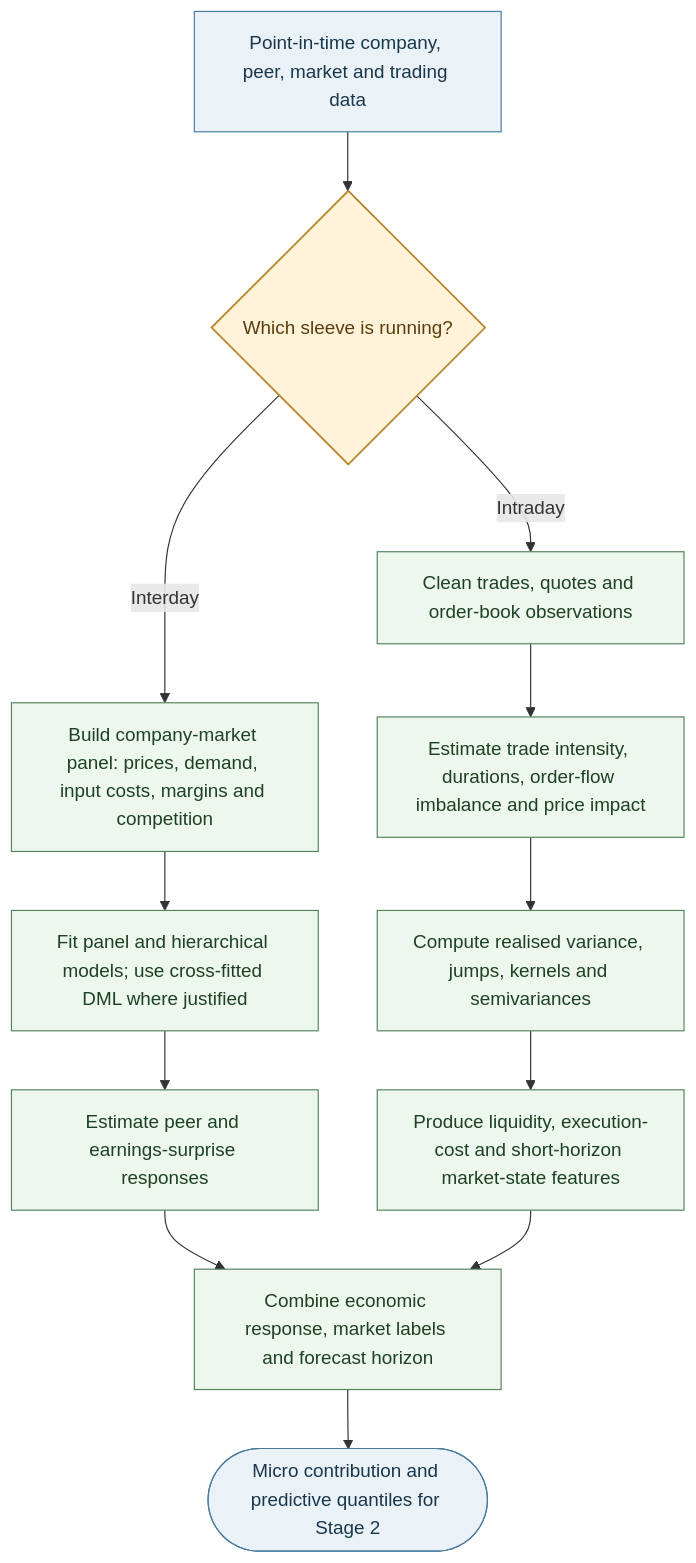
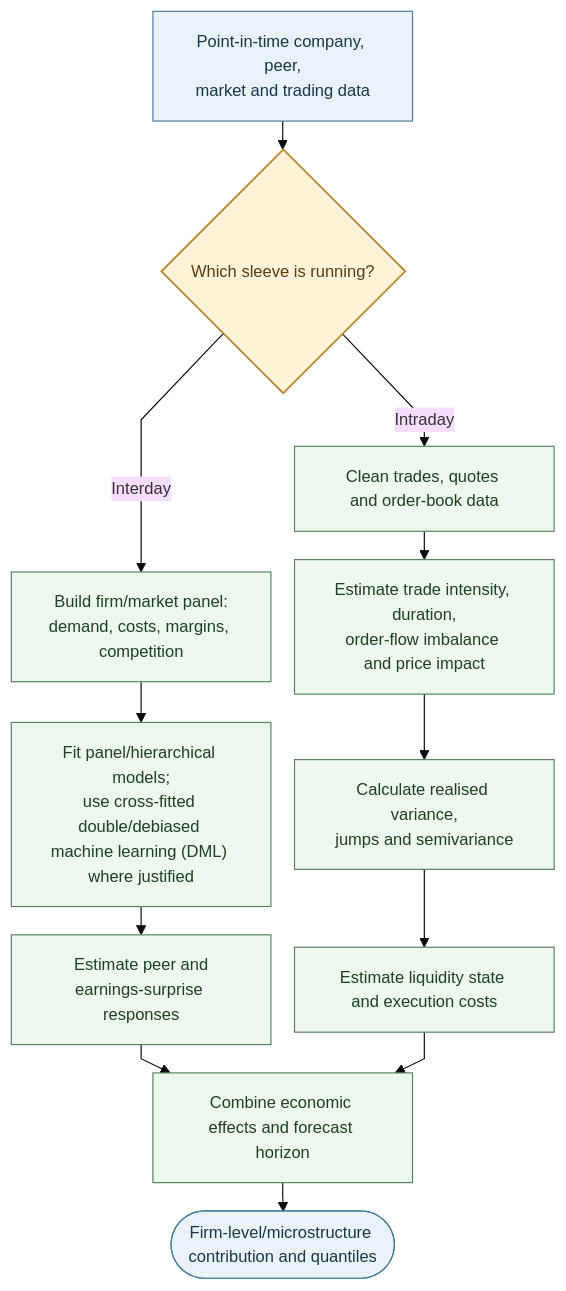
One commit to dannysilverio6-creator/AQP---LSEG changed the eighth of 15 diagrams in AQP OVERVIEW.md. Above: the diagram before and after it, drawn with Mermaid. The commit also changed other lines of this file, not shown here.

````diff
--- a/AQP OVERVIEW.md
+++ b/AQP OVERVIEW.md
@@ -457,23 +485,23 @@
 ```mermaid
+%%{init: {"theme": "base", "flowchart": {"nodeSpacing": 20, "rankSpacing": 24, "wrappingWidth": 160, "diagramPadding": 24, "curve": "linear"}, "themeVariables": {"fontSize": "14px"}}}%%
 flowchart TB
-    A[Point-in-time company, peer, market and trading data] --> B{Which sleeve is running?}
-    B -->|Interday| C[Build company-market panel: prices, demand, input costs, margins and competition]
-    C --> D[Fit panel and hierarchical models; use cross-fitted DML where justified]
-    D --> E[Estimate peer and earnings-surprise responses]
-    B -->|Intraday| F[Clean trades, quotes and order-book observations]
-    F --> G[Estimate trade intensity, durations, order-flow imbalance and price impact]
-    G --> H[Compute realised variance, jumps, kernels and semivariances]
-    E --> I[Combine economic response, market labels and forecast horizon]
-    H --> J[Produce liquidity, execution-cost and short-horizon market-state features]
+    A["Point-in-time company, peer,<br/>market and trading data"] --> B{Which sleeve is running?}
+    B -->|Interday| C["Build firm/market panel:<br/>demand, costs, margins, competition"]
+    C --> D["Fit panel/hierarchical models;<br/>use cross-fitted double/debiased machine learning (DML) where justified"]
+    D --> E["Estimate peer and<br/>earnings-surprise responses"]
+    B -->|Intraday| F[Clean trades, quotes and order-book data]
+    F --> G["Estimate trade intensity, duration,<br/>order-flow imbalance and price impact"]
+    G --> H["Calculate realised variance,<br/>jumps and semivariance"]
+    E --> I[Combine economic effects and forecast horizon]
+    H --> J[Estimate liquidity state and execution costs]
     J --> I
-    I --> K([Micro contribution and predictive quantiles for Stage 2])
-
+    I --> K([Firm-level/microstructure contribution and quantiles])
     classDef data fill:#eaf2f8,stroke:#477b9e,color:#19364a;
     classDef decision fill:#fff2d9,stroke:#b9862b,color:#593c0c,stroke-width:1.5px;
     classDef model fill:#edf7ed,stroke:#54845e,color:#1d4026;
     classDef output fill:#eaf2f8,stroke:#477b9e,color:#19364a;
     class A data;
     class B decision;
     class C,D,E,F,G,H,I,J model;
     class K output;
 ```
````
